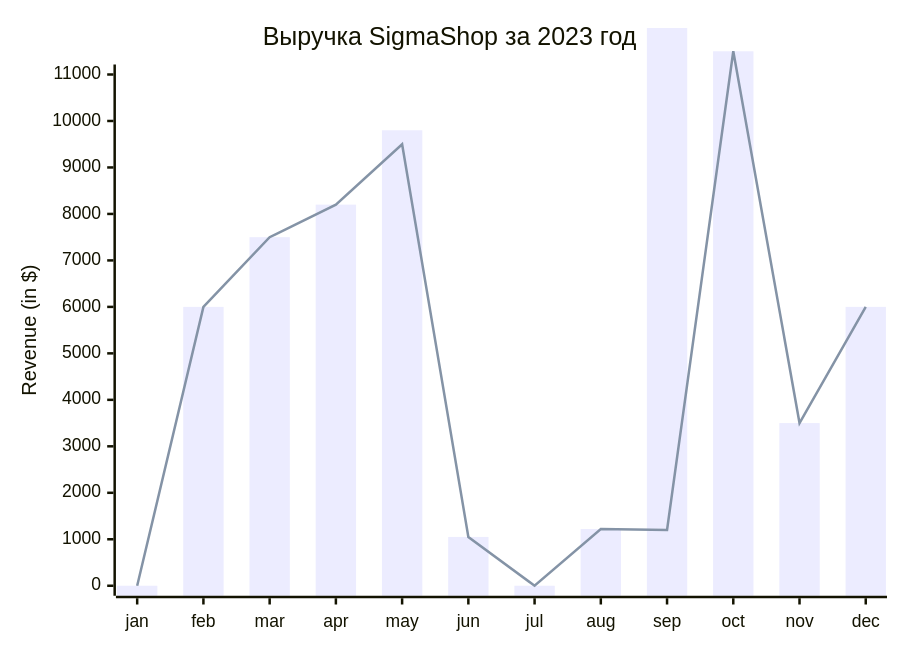
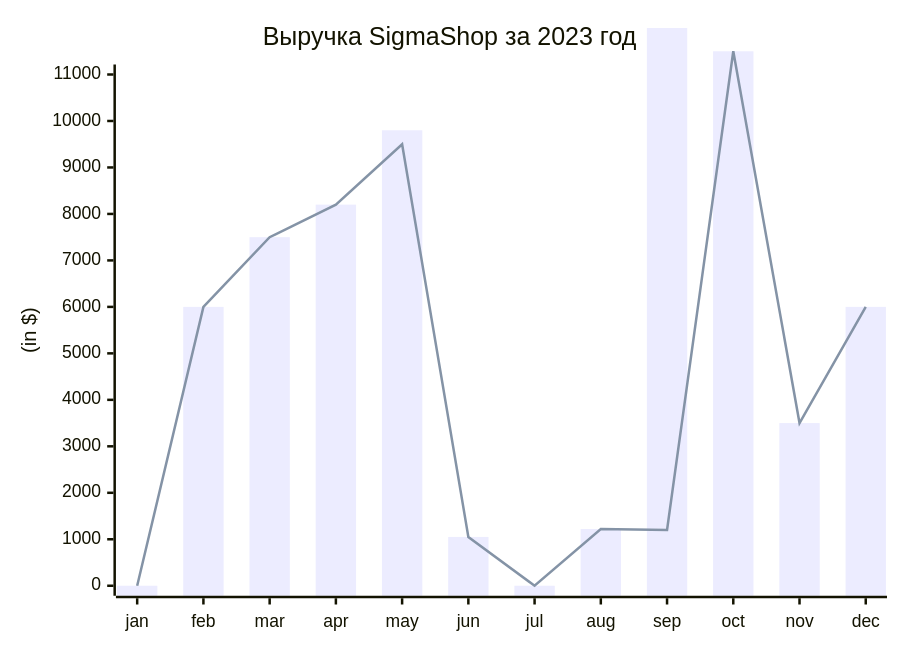
One commit to XTRLdontwantyou/ShafeevIS32K changed the second of 3 diagrams in README.md. Above: the diagram before and after it, drawn with Mermaid.

````diff
--- a/README.md
+++ b/README.md
@@ -54,8 +54,8 @@
 ```mermaid
 xychart-beta
     title "Выручка SigmaShop за 2023 год"
     x-axis [jan, feb, mar, apr, may, jun, jul, aug, sep, oct, nov, dec]
-    y-axis "Revenue (in $)" 0 --> 11000
+    y-axis " (in $)" 0 --> 11000
     bar [000, 6000, 7500, 8200, 9800, 1050, 0, 1220, 12000, 11500, 3500, 6000]
     line [000, 6000, 7500, 8200, 9500, 1050, 0, 1220,1200, 11500, 3500, 6000]
 ```
````
